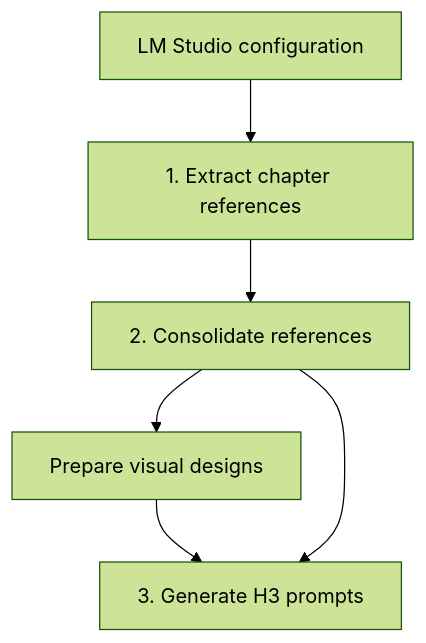
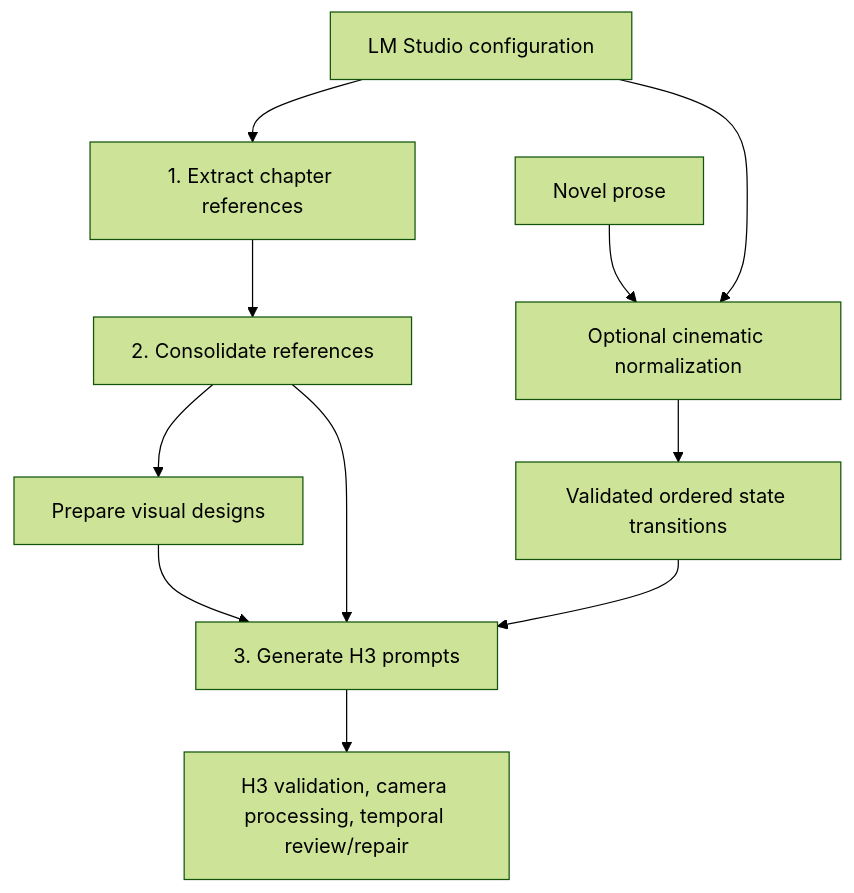
One commit to yuyuki/ComfyUI-Minimax_H3_Novel_Pipeline changed the first of 2 diagrams in docs/architecture.md. Above: the diagram before and after it, drawn with Mermaid (forest theme). The commit also changed other lines of this file and 15 other files, not shown here.

````diff
--- a/docs/architecture.md
+++ b/docs/architecture.md
@@ -9,8 +9,13 @@
 ```mermaid
 flowchart TD
     config["LM Studio configuration"] --> extract["1. Extract chapter references"]
     extract --> consolidate["2. Consolidate references"]
     consolidate --> designs["Prepare visual designs"]
     designs --> generate["3. Generate H3 prompts"]
     consolidate --> generate
+    novel["Novel prose"] --> normalize["Optional cinematic normalization"]
+    config --> normalize
+    normalize --> state["Validated ordered state transitions"]
+    state --> generate
+    generate --> review["H3 validation, camera processing, temporal review/repair"]
 ```
````
